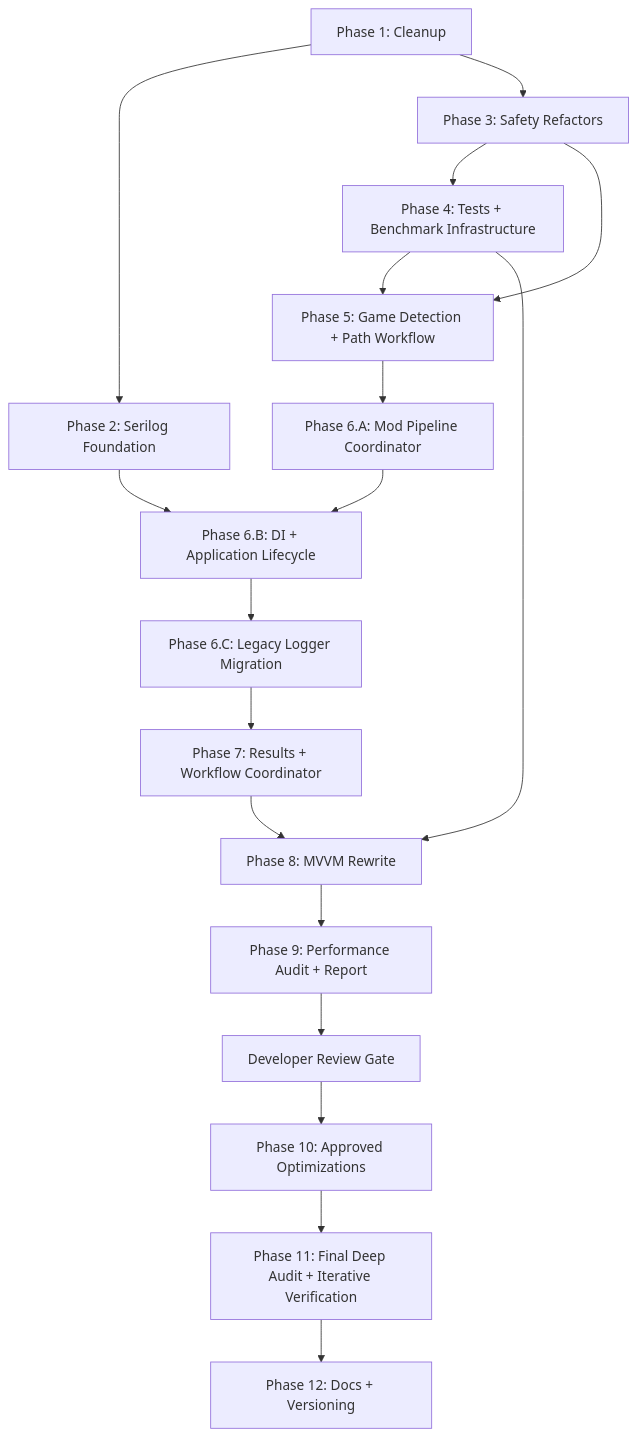
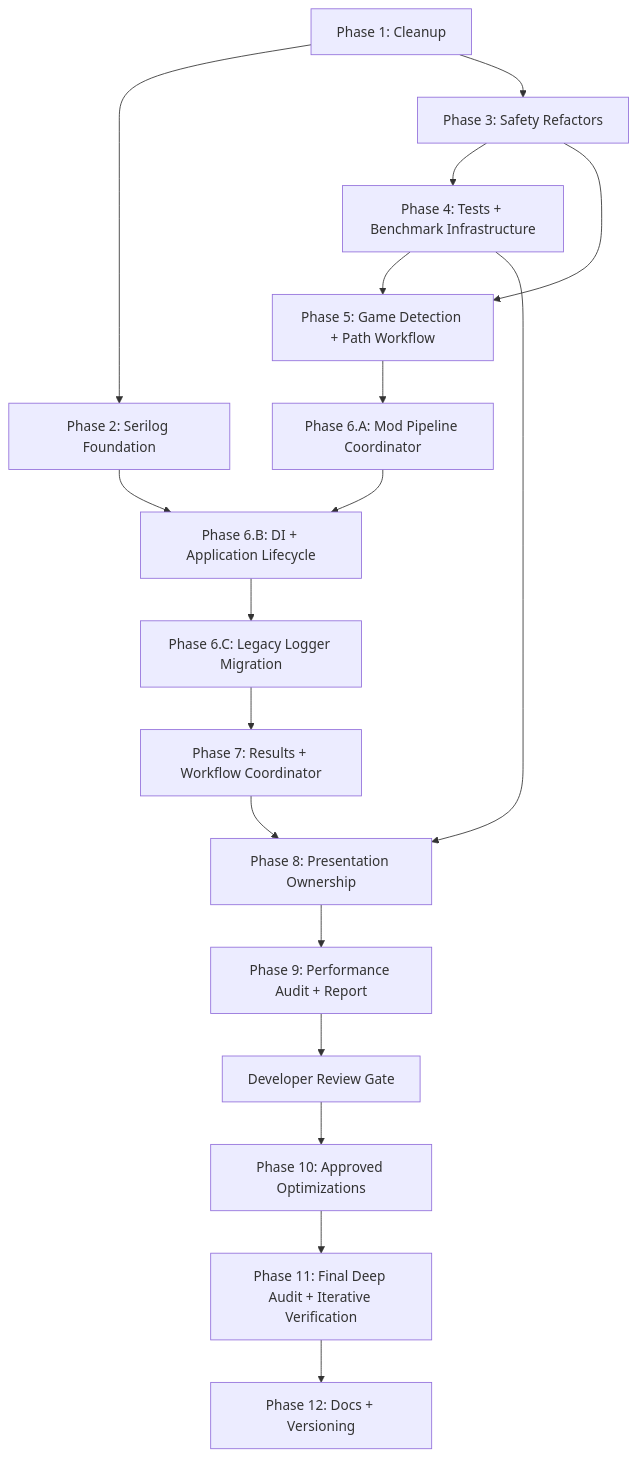
One commit to ThelianTech-Studios/CalradiaForge changed the diagram in docs/refactor/refactor_master_plan.md. Above: the diagram before and after it, drawn with Mermaid. The commit also changed other lines of this file and 10 other files, not shown here.

````diff
--- a/docs/refactor/refactor_master_plan.md
+++ b/docs/refactor/refactor_master_plan.md
@@ -165,36 +166,36 @@
 ```mermaid
 flowchart TD
     P1["Phase 1: Cleanup"]
     P2["Phase 2: Serilog Foundation"]
     P3["Phase 3: Safety Refactors"]
     P4["Phase 4: Tests + Benchmark Infrastructure"]
     P5["Phase 5: Game Detection + Path Workflow"]
     P6A["Phase 6.A: Mod Pipeline Coordinator"]
     P6B["Phase 6.B: DI + Application Lifecycle"]
     P6C["Phase 6.C: Legacy Logger Migration"]
     P7["Phase 7: Results + Workflow Coordinator"]
-    P8["Phase 8: MVVM Rewrite"]
+    P8["Phase 8: Presentation Ownership"]
     P9["Phase 9: Performance Audit + Report"]
     G9["Developer Review Gate"]
     P10["Phase 10: Approved Optimizations"]
     P11["Phase 11: Final Deep Audit + Iterative Verification"]
     P12["Phase 12: Docs + Versioning"]
 
     P1 --> P2
     P1 --> P3
     P3 --> P4
     P3 --> P5
     P4 --> P5
     P5 --> P6A
     P2 --> P6B
     P6A --> P6B
     P6B --> P6C
     P6C --> P7
     P4 --> P8
     P7 --> P8
     P8 --> P9
     P9 --> G9
     G9 --> P10
     P10 --> P11
     P11 --> P12
 ```
````
